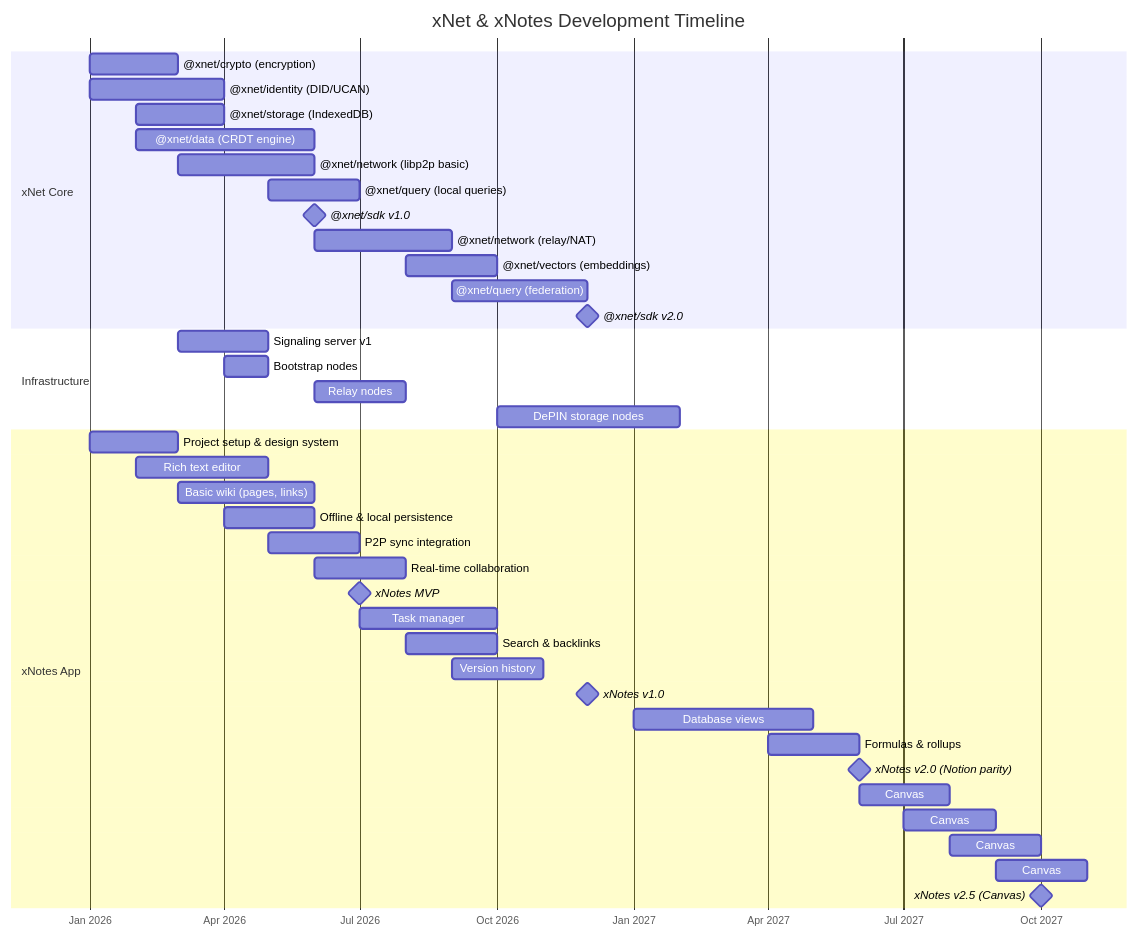
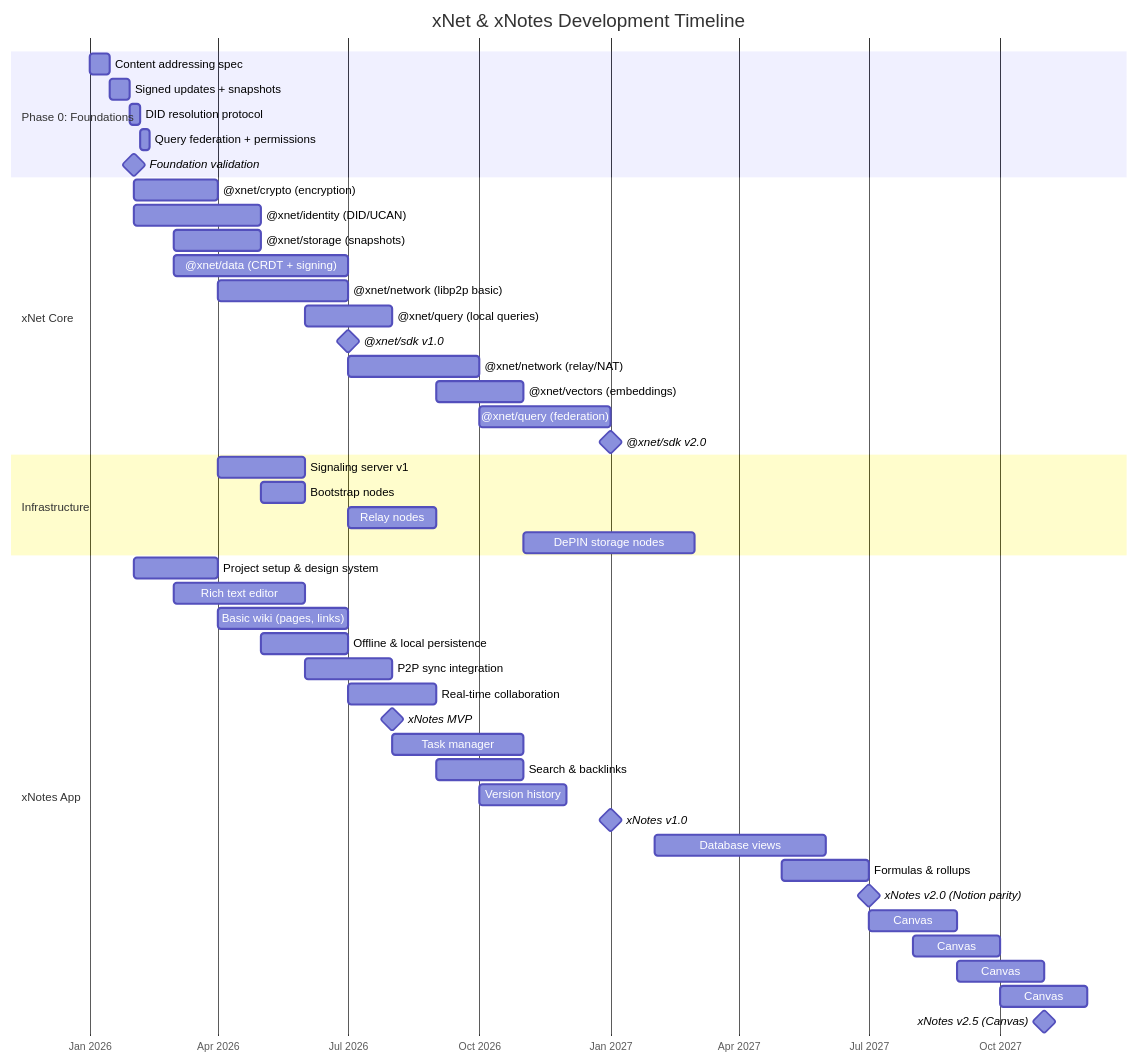
The first of 3 diagrams in docs/plan/02-development-timeline.md (crs48/xNet), drawn with Mermaid before and after one commit. The commit also changed other lines of this file, not shown here.

First line of the commit message:
Update timeline to show Phase 0 foundations before Phase 1

````diff
--- a/docs/plan/02-development-timeline.md
+++ b/docs/plan/02-development-timeline.md
@@ -17,46 +19,53 @@
 ```mermaid
 gantt
     title xNet & xNotes Development Timeline
     dateFormat  YYYY-MM
     axisFormat  %b %Y
 
+    section Phase 0: Foundations
+    Content addressing spec         :f1, 2026-01, 2w
+    Signed updates + snapshots      :f2, after f1, 2w
+    DID resolution protocol         :f3, after f2, 1w
+    Query federation + permissions  :f4, after f3, 1w
+    Foundation validation           :milestone, 2026-02, 0d
+
     section xNet Core
-    @xnet/crypto (encryption)       :xc1, 2026-01, 2M
-    @xnet/identity (DID/UCAN)       :xc2, 2026-01, 3M
-    @xnet/storage (IndexedDB)       :xc3, 2026-02, 2M
-    @xnet/data (CRDT engine)        :xc4, 2026-02, 4M
-    @xnet/network (libp2p basic)    :xc5, 2026-03, 3M
-    @xnet/query (local queries)     :xc6, 2026-05, 2M
-    @xnet/sdk v1.0                  :milestone, 2026-06, 0d
-    @xnet/network (relay/NAT)       :xc7, 2026-06, 3M
-    @xnet/vectors (embeddings)      :xc8, 2026-08, 2M
-    @xnet/query (federation)        :xc9, 2026-09, 3M
-    @xnet/sdk v2.0                  :milestone, 2026-12, 0d
+    @xnet/crypto (encryption)       :xc1, 2026-02, 2M
+    @xnet/identity (DID/UCAN)       :xc2, 2026-02, 3M
+    @xnet/storage (snapshots)       :xc3, 2026-03, 2M
+    @xnet/data (CRDT + signing)     :xc4, 2026-03, 4M
+    @xnet/network (libp2p basic)    :xc5, 2026-04, 3M
+    @xnet/query (local queries)     :xc6, 2026-06, 2M
+    @xnet/sdk v1.0                  :milestone, 2026-07, 0d
+    @xnet/network (relay/NAT)       :xc7, 2026-07, 3M
+    @xnet/vectors (embeddings)      :xc8, 2026-09, 2M
+    @xnet/query (federation)        :xc9, 2026-10, 3M
+    @xnet/sdk v2.0                  :milestone, 2027-01, 0d
 
     section Infrastructure
-    Signaling server v1             :xi1, 2026-03, 2M
-    Bootstrap nodes                 :xi2, 2026-04, 1M
-    Relay nodes                     :xi3, 2026-06, 2M
-    DePIN storage nodes             :xi4, 2026-10, 4M
+    Signaling server v1             :xi1, 2026-04, 2M
+    Bootstrap nodes                 :xi2, 2026-05, 1M
+    Relay nodes                     :xi3, 2026-07, 2M
+    DePIN storage nodes             :xi4, 2026-11, 4M
 
     section xNotes App
-    Project setup & design system   :xn1, 2026-01, 2M
-    Rich text editor                :xn2, 2026-02, 3M
-    Basic wiki (pages, links)       :xn3, 2026-03, 3M
-    Offline & local persistence     :xn4, 2026-04, 2M
-    P2P sync integration            :xn5, 2026-05, 2M
-    Real-time collaboration         :xn6, 2026-06, 2M
-    xNotes MVP                      :milestone, 2026-07, 0d
-    Task manager                    :xn7, 2026-07, 3M
-    Search & backlinks              :xn8, 2026-08, 2M
-    Version history                 :xn9, 2026-09, 2M
-    xNotes v1.0                     :milestone, 2026-12, 0d
-    Database views                  :xn10, 2027-01, 4M
-    Formulas & rollups              :xn11, 2027-04, 2M
-    xNotes v2.0 (Notion parity)     :milestone, 2027-06, 0d
-    Canvas: spatial indexing        :xn12, 2027-06, 2M
-    Canvas: node rendering          :xn13, 2027-07, 2M
-    Canvas: auto-layout             :xn14, 2027-08, 2M
-    Canvas: embedded editing        :xn15, 2027-09, 2M
-    xNotes v2.5 (Canvas)            :milestone, 2027-10, 0d
+    Project setup & design system   :xn1, 2026-02, 2M
+    Rich text editor                :xn2, 2026-03, 3M
+    Basic wiki (pages, links)       :xn3, 2026-04, 3M
+    Offline & local persistence     :xn4, 2026-05, 2M
+    P2P sync integration            :xn5, 2026-06, 2M
+    Real-time collaboration         :xn6, 2026-07, 2M
+    xNotes MVP                      :milestone, 2026-08, 0d
+    Task manager                    :xn7, 2026-08, 3M
+    Search & backlinks              :xn8, 2026-09, 2M
+    Version history                 :xn9, 2026-10, 2M
+    xNotes v1.0                     :milestone, 2027-01, 0d
+    Database views                  :xn10, 2027-02, 4M
+    Formulas & rollups              :xn11, 2027-05, 2M
+    xNotes v2.0 (Notion parity)     :milestone, 2027-07, 0d
+    Canvas: spatial indexing        :xn12, 2027-07, 2M
+    Canvas: node rendering          :xn13, 2027-08, 2M
+    Canvas: auto-layout             :xn14, 2027-09, 2M
+    Canvas: embedded editing        :xn15, 2027-10, 2M
+    xNotes v2.5 (Canvas)            :milestone, 2027-11, 0d
 ```
````
